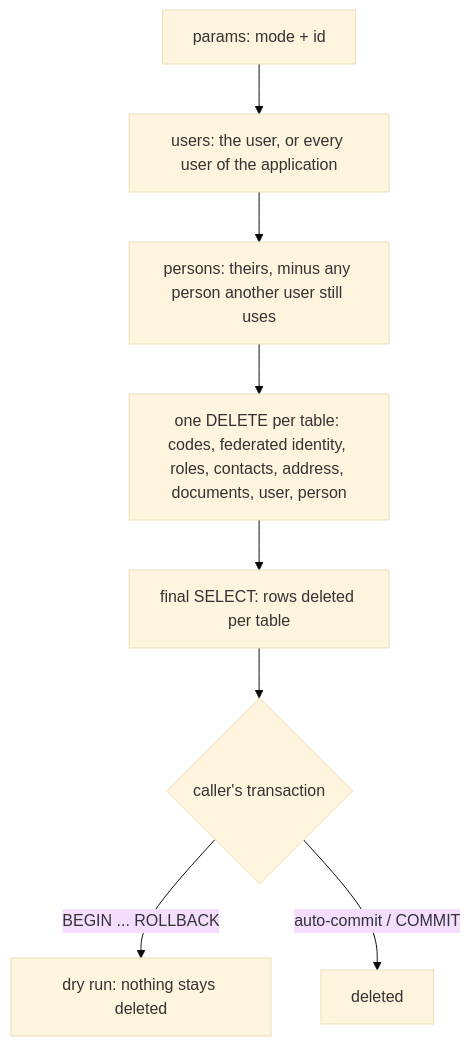
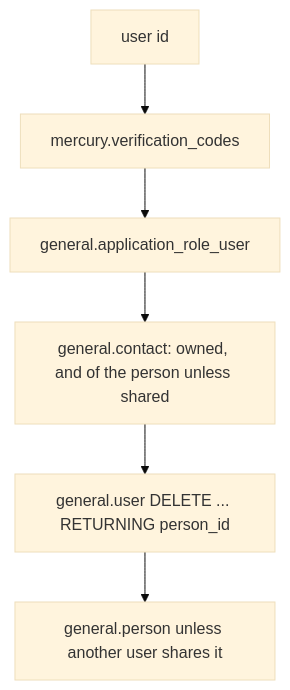
One commit to um-dev-creative/smartkin-backend changed diagram 29 of 30 in docs/TECHNICAL_GUIDE.md. Above: the diagram before and after it, drawn with Mermaid (base theme). The commit also changed other lines of this file and 4 other files, not shown here.

Commit message:
fix(scripts): purge by user id with plain DELETE statements, keep the contacts of a shared person

````diff
--- a/docs/TECHNICAL_GUIDE.md
+++ b/docs/TECHNICAL_GUIDE.md
@@ -1095,10 +1095,8 @@
 ```mermaid
 flowchart TD
-    A["params: mode + id"] --> B["users: the user, or every user of the application"]
-    B --> C["persons: theirs, minus any person another user still uses"]
-    C --> D["one DELETE per table: codes, federated identity, roles, contacts, address, documents, user, person"]
-    D --> E["final SELECT: rows deleted per table"]
-    E --> F{"caller's transaction"}
-    F -- "BEGIN ... ROLLBACK" --> G["dry run: nothing stays deleted"]
-    F -- "auto-commit / COMMIT" --> H["deleted"]
+    A["user id"] --> B["mercury.verification_codes"]
+    B --> C["general.application_role_user"]
+    C --> D["general.contact: owned, and of the person unless shared"]
+    D --> E["general.user DELETE ... RETURNING person_id"]
+    E --> F["general.person unless another user shares it"]
 ```
````
